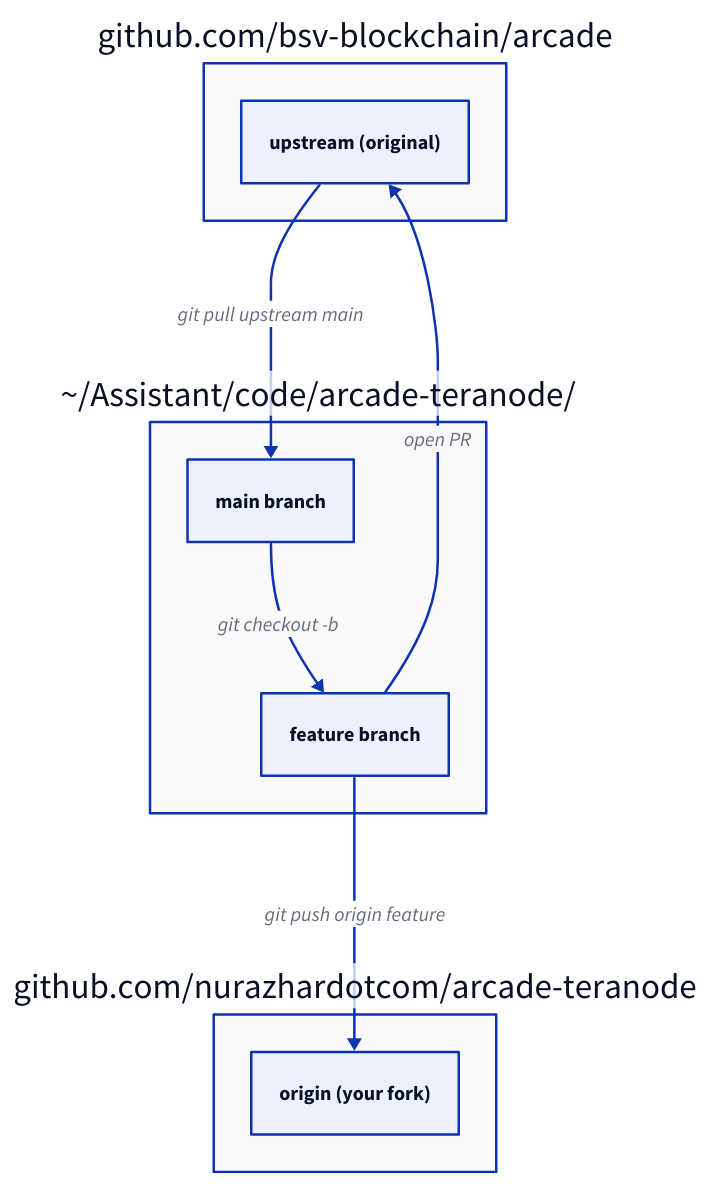
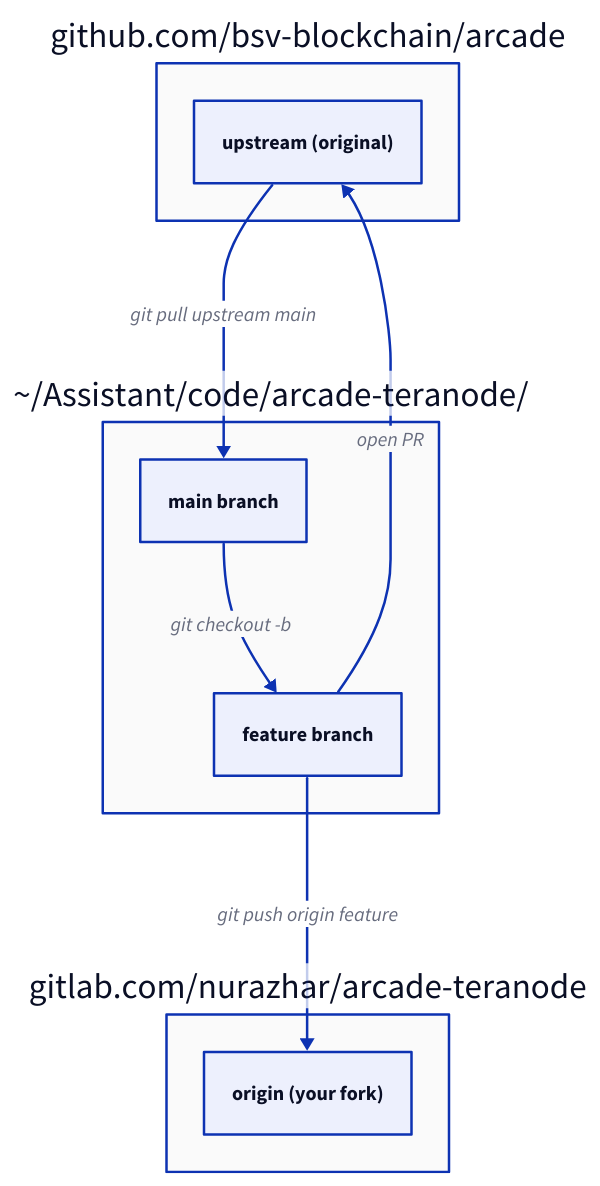
The third of 6 diagrams in git-workflow-visual-guide.md (nurazhardotcom/blog.nurazhar.com), drawn with D2 before and after one commit. The commit also changed other lines of this file and 25 other files, not shown here.

````diff
--- a/git-workflow-visual-guide.md
+++ b/git-workflow-visual-guide.md
@@ -99,25 +99,25 @@
 ```d2
 # Diagram 104
 direction: down
 
-YourFork: "github.com/nurazhardotcom/arcade-teranode" {
+YourFork: "gitlab.com/nurazhar/arcade-teranode" {
   style.fill: "#fafafa"
   ORIGIN: "origin (your fork)"
 }
 
 Upstream: "github.com/bsv-blockchain/arcade" {
   style.fill: "#fafafa"
   UP: "upstream (original)"
 }
 
 Local: "~/Assistant/code/arcade-teranode/" {
   style.fill: "#fafafa"
   FEAT: "feature branch"
   MAIN: "main branch"
 }
 
 Upstream.UP -> Local.MAIN: "git pull upstream main"
 Local.MAIN -> Local.FEAT: "git checkout -b"
 Local.FEAT -> YourFork.ORIGIN: "git push origin feature"
 Local.FEAT -> Upstream.UP: "open PR"
 ```
````
